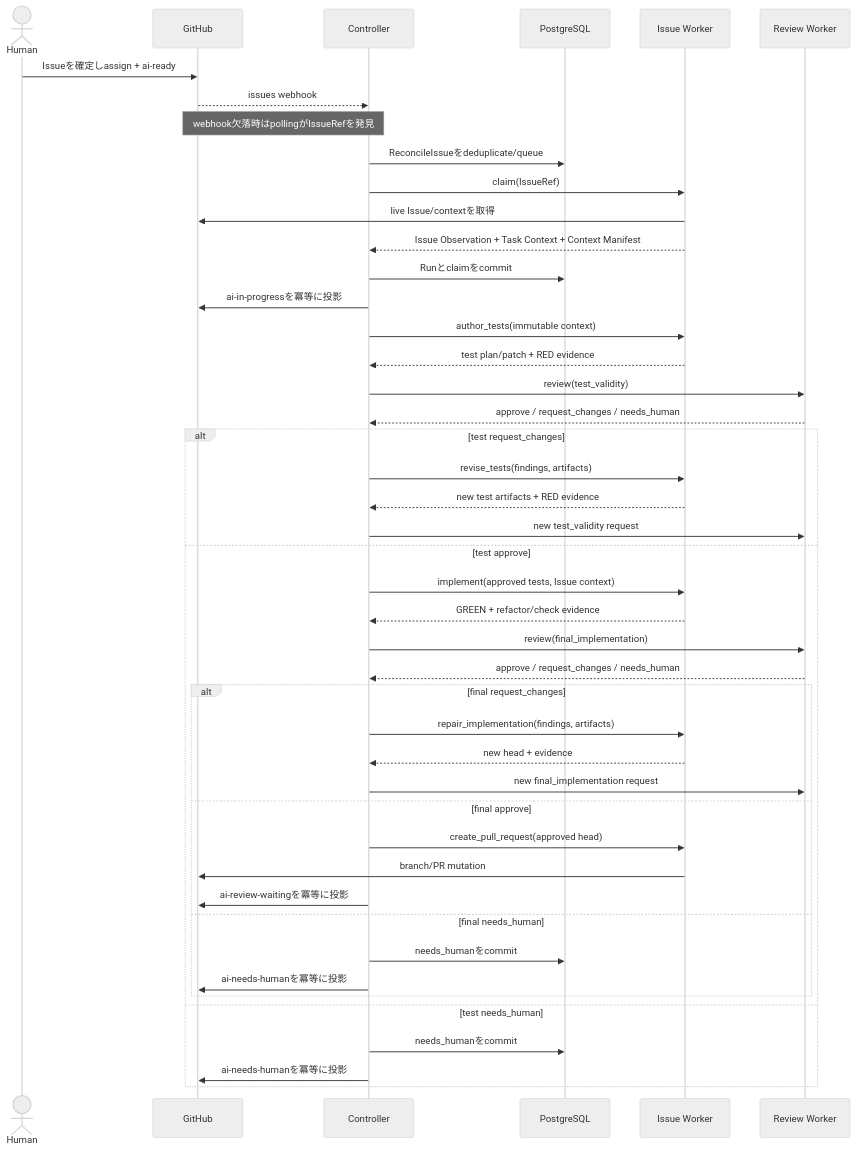
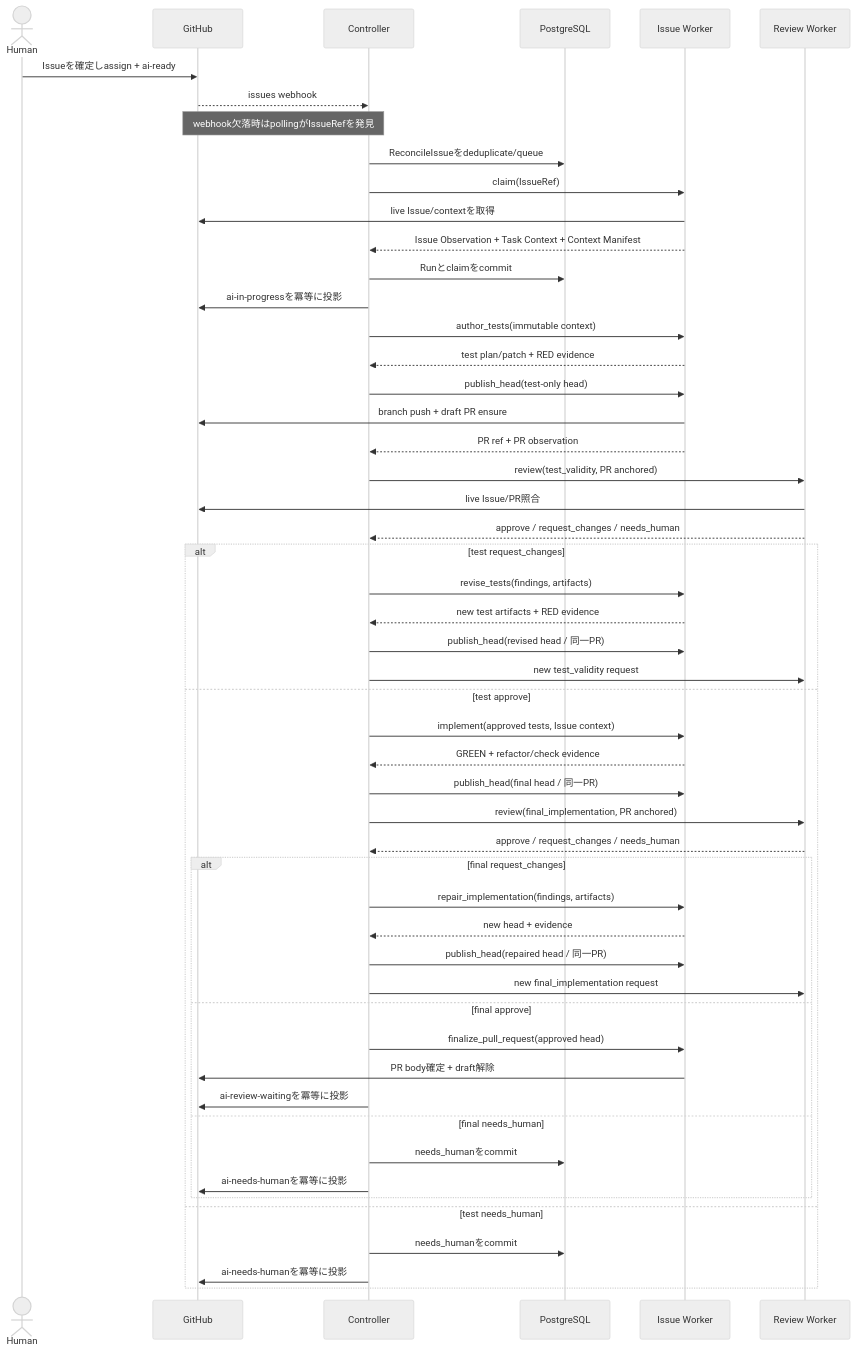
One commit to mrbaron3/kudo changed the first of 2 diagrams in docs/workflow.md. Above: the diagram before and after it, drawn with Mermaid (neutral theme). The commit also changed other lines of this file and 27 other files, not shown here.

First line of the commit message:
Review protocolとworkflowをPR-anchored reviewへ改訂する (#49)

````diff
--- a/docs/workflow.md
+++ b/docs/workflow.md
@@ -31,48 +31,55 @@
 ```mermaid
 sequenceDiagram
     actor H as Human
     participant GH as GitHub
     participant C as Controller
     participant DB as PostgreSQL
     participant IW as Issue Worker
     participant RW as Review Worker
 
     H->>GH: Issueを確定しassign + ai-ready
     GH-->>C: issues webhook
     Note over C,GH: webhook欠落時はpollingがIssueRefを発見
     C->>DB: ReconcileIssueをdeduplicate/queue
     C->>IW: claim(IssueRef)
     IW->>GH: live Issue/contextを取得
     IW-->>C: Issue Observation + Task Context + Context Manifest
     C->>DB: Runとclaimをcommit
     C->>GH: ai-in-progressを冪等に投影
     C->>IW: author_tests(immutable context)
     IW-->>C: test plan/patch + RED evidence
-    C->>RW: review(test_validity)
+    C->>IW: publish_head(test-only head)
+    IW->>GH: branch push + draft PR ensure
+    IW-->>C: PR ref + PR observation
+    C->>RW: review(test_validity, PR anchored)
+    RW->>GH: live Issue/PR照合
     RW-->>C: approve / request_changes / needs_human
     alt test request_changes
         C->>IW: revise_tests(findings, artifacts)
         IW-->>C: new test artifacts + RED evidence
+        C->>IW: publish_head(revised head / 同一PR)
         C->>RW: new test_validity request
     else test approve
         C->>IW: implement(approved tests, Issue context)
         IW-->>C: GREEN + refactor/check evidence
-        C->>RW: review(final_implementation)
+        C->>IW: publish_head(final head / 同一PR)
+        C->>RW: review(final_implementation, PR anchored)
         RW-->>C: approve / request_changes / needs_human
         alt final request_changes
             C->>IW: repair_implementation(findings, artifacts)
             IW-->>C: new head + evidence
+            C->>IW: publish_head(repaired head / 同一PR)
             C->>RW: new final_implementation request
         else final approve
-            C->>IW: create_pull_request(approved head)
-            IW->>GH: branch/PR mutation
+            C->>IW: finalize_pull_request(approved head)
+            IW->>GH: PR body確定 + draft解除
             C->>GH: ai-review-waitingを冪等に投影
         else final needs_human
             C->>DB: needs_humanをcommit
             C->>GH: ai-needs-humanを冪等に投影
         end
     else test needs_human
         C->>DB: needs_humanをcommit
         C->>GH: ai-needs-humanを冪等に投影
     end
 ```
````
